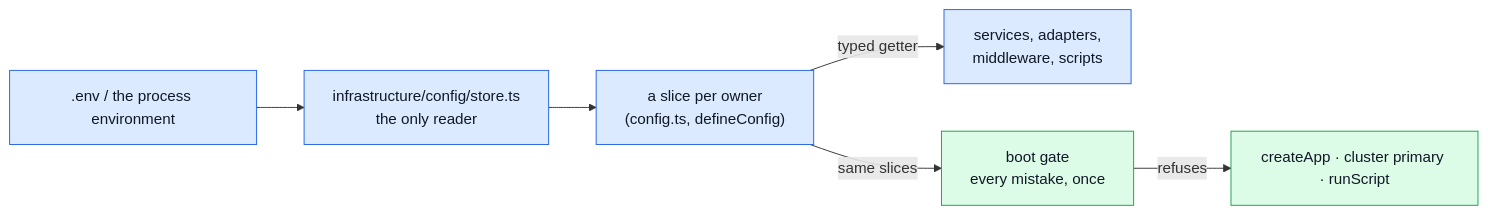
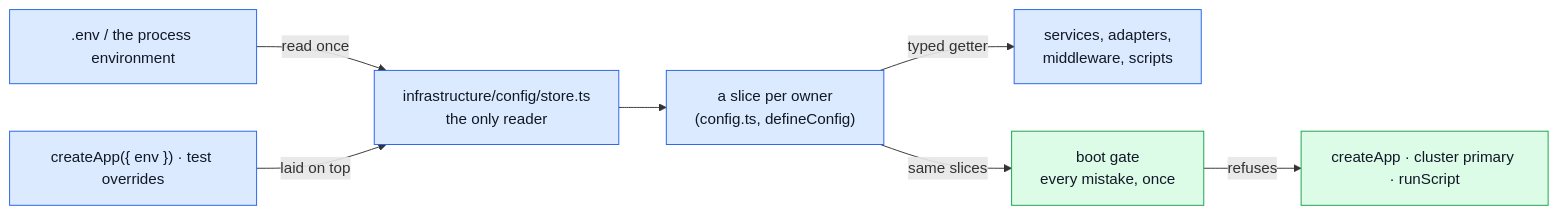
One commit to Guebbit/boilerplate-node-backend changed the first of 2 diagrams in docs/tools/configuration.md. Above: the diagram before and after it, drawn with Mermaid. The commit also changed other lines of this file and 2 other files, not shown here.

First line of the commit message:
docs(config): the store reads once and tests override on top

````diff
--- a/docs/tools/configuration.md
+++ b/docs/tools/configuration.md
@@ -6,13 +6,14 @@
 ```mermaid
 flowchart LR
-    Env[".env / the process environment"] --> Store["infrastructure/config/store.ts<br/>the only reader"]
+    Env[".env / the process environment"] -->|"read once"| Store["infrastructure/config/store.ts<br/>the only reader"]
+    Over["createApp({ env }) · test overrides"] -->|"laid on top"| Store
     Store --> Slice["a slice per owner<br/>(config.ts, defineConfig)"]
     Slice -->|"typed getter"| Code["services, adapters,<br/>middleware, scripts"]
     Slice -->|"same slices"| Gate["boot gate<br/>every mistake, once"]
     Gate -->|"refuses"| Stop["createApp · cluster primary · runScript"]
 
     classDef layer fill:#dbeafe,stroke:#2563eb,color:#111827;
     classDef gate fill:#dcfce7,stroke:#16a34a,color:#111827;
-    class Env,Store,Slice,Code layer;
+    class Env,Over,Store,Slice,Code layer;
     class Gate,Stop gate;
 ```
````
